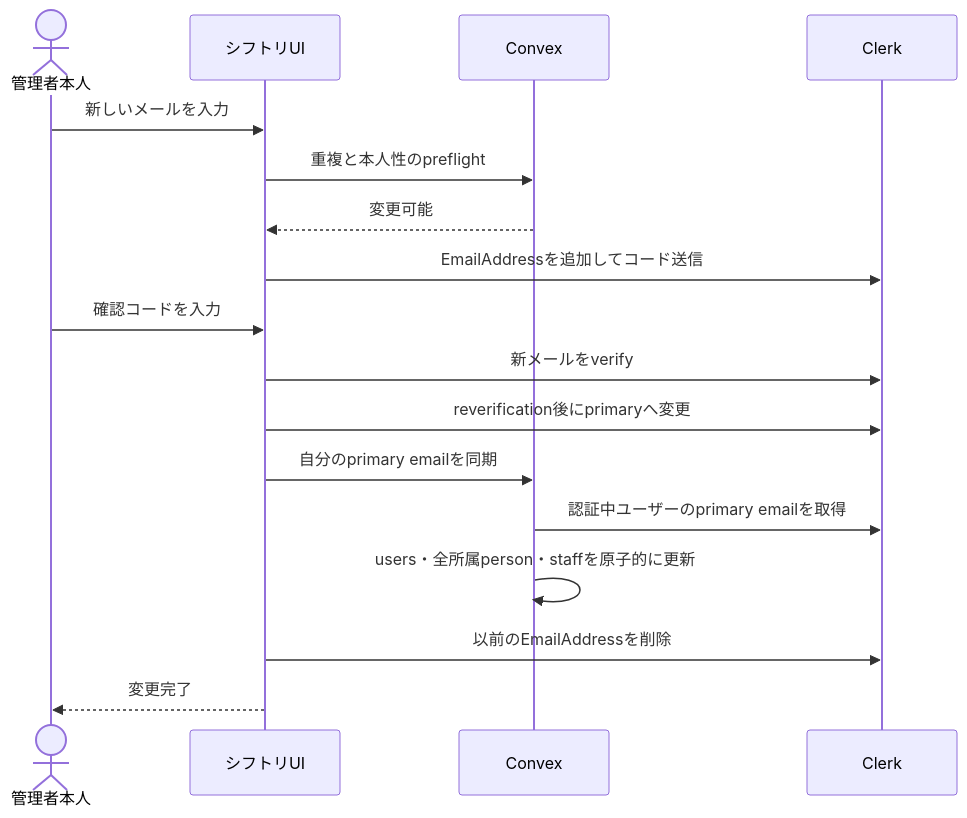
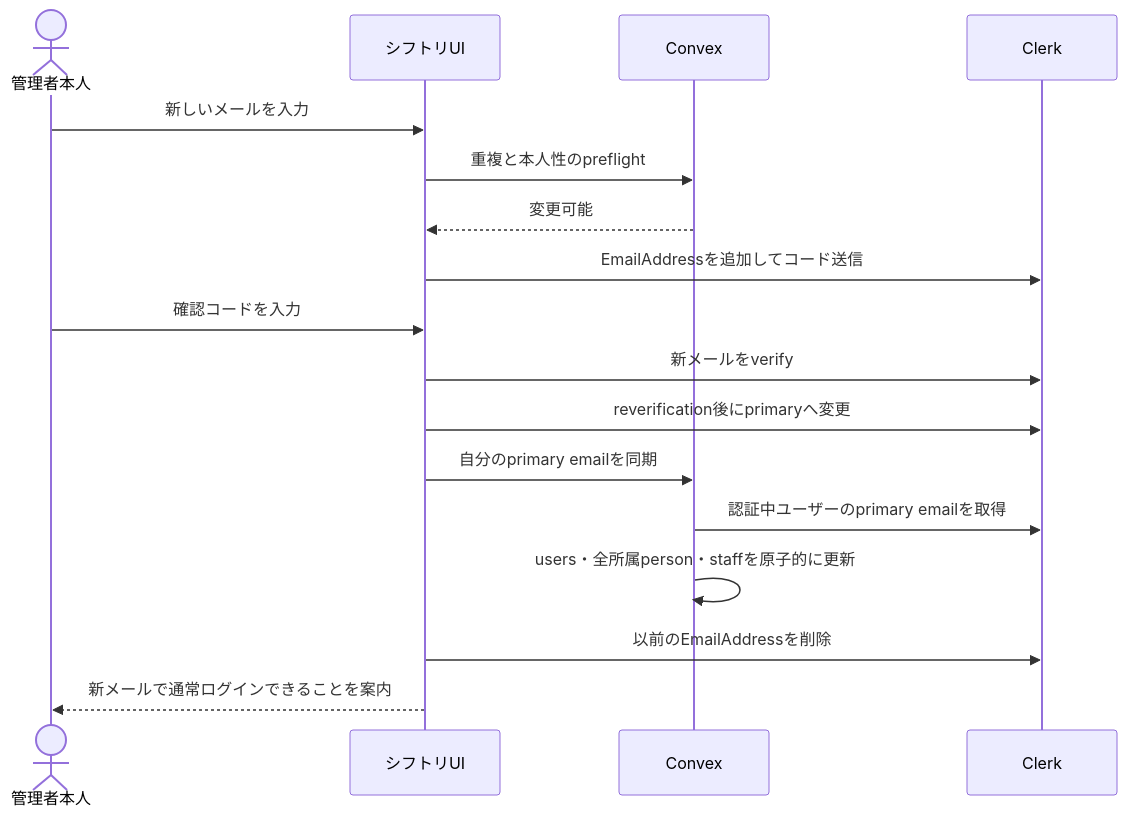
The diagram in doc/plans/2026-08-03_管理者メールアドレス変更_実装計画.md (yn1323/yps-crispy-carnival), drawn with Mermaid before and after one commit. The commit also changed other lines of this file and 51 other files, not shown here.

````diff
--- a/doc/plans/2026-08-03_管理者メールアドレス変更_実装計画.md
+++ b/doc/plans/2026-08-03_管理者メールアドレス変更_実装計画.md
@@ -142,20 +144,20 @@
 ```mermaid
 sequenceDiagram
     actor User as 管理者本人
     participant UI as シフトリUI
     participant Convex as Convex
     participant Clerk as Clerk
 
     User->>UI: 新しいメールを入力
     UI->>Convex: 重複と本人性のpreflight
     Convex-->>UI: 変更可能
     UI->>Clerk: EmailAddressを追加してコード送信
     User->>UI: 確認コードを入力
     UI->>Clerk: 新メールをverify
     UI->>Clerk: reverification後にprimaryへ変更
     UI->>Convex: 自分のprimary emailを同期
     Convex->>Clerk: 認証中ユーザーのprimary emailを取得
     Convex->>Convex: users・全所属person・staffを原子的に更新
     UI->>Clerk: 以前のEmailAddressを削除
-    UI-->>User: 変更完了
+    UI-->>User: 新メールで通常ログインできることを案内
 ```
````
